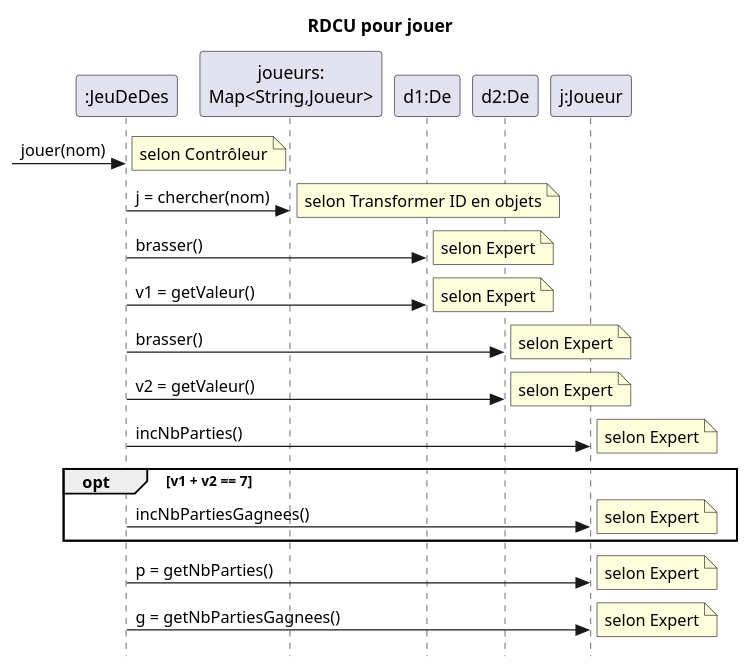
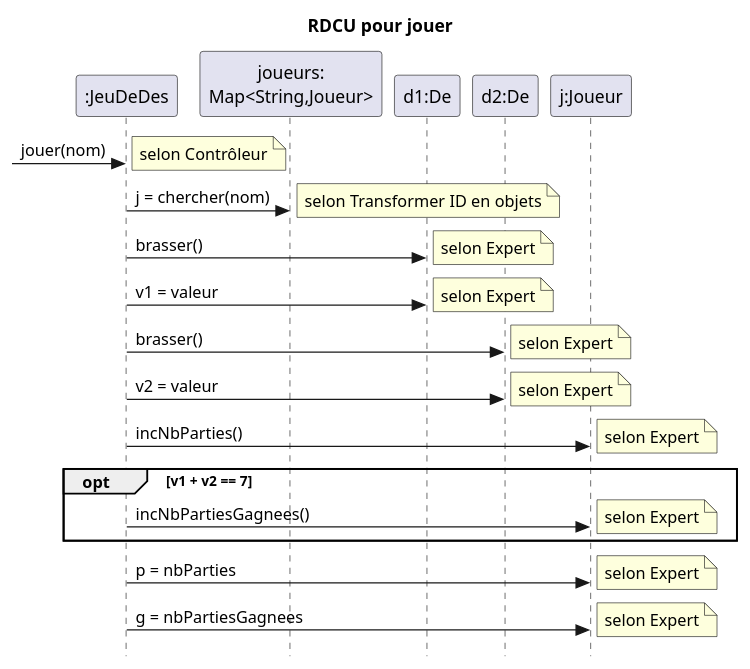
Before and after one commit to profcfuhrmanets/log210-jeu-de-des-node-express-ts: the diagram in docs/modeles/rdcu-jouer.puml, drawn with PlantUML. The commit also changed 4 other files, not shown here.

```diff
--- a/docs/modeles/rdcu-jouer.puml
+++ b/docs/modeles/rdcu-jouer.puml
@@ -1,32 +1,32 @@
 @startuml
 skinparam style strictuml
 skinparam defaultfontname Verdana
 title RDCU pour jouer
 participant ":JeuDeDes" as c
 participant "joueurs:\nMap<String,Joueur>" as jm
 participant "d1:De" as d1
 participant "d2:De" as d2
 participant "j:Joueur" as j
 ->c : jouer(nom)
 note right : selon Contrôleur 
 c->jm : j = chercher(nom)
 note right : selon Transformer ID en objets 
 c->d1 : brasser()
 note right : selon Expert 
-c->d1 : v1 = getValeur()
+c->d1 : v1 = valeur
 note right : selon Expert 
 c->d2 : brasser()
 note right : selon Expert 
-c->d2 : v2 = getValeur()
+c->d2 : v2 = valeur
 note right : selon Expert 
 c->j : incNbParties()
 note right : selon Expert 
 opt v1 + v2 == 7
   c->j : incNbPartiesGagnees()
   note right : selon Expert 
 end opt
-c->j : p = getNbParties()
+c->j : p = nbParties
 note right : selon Expert 
-c->j : g = getNbPartiesGagnees()
+c->j : g = nbPartiesGagnees
 note right : selon Expert 
 @enduml
```
